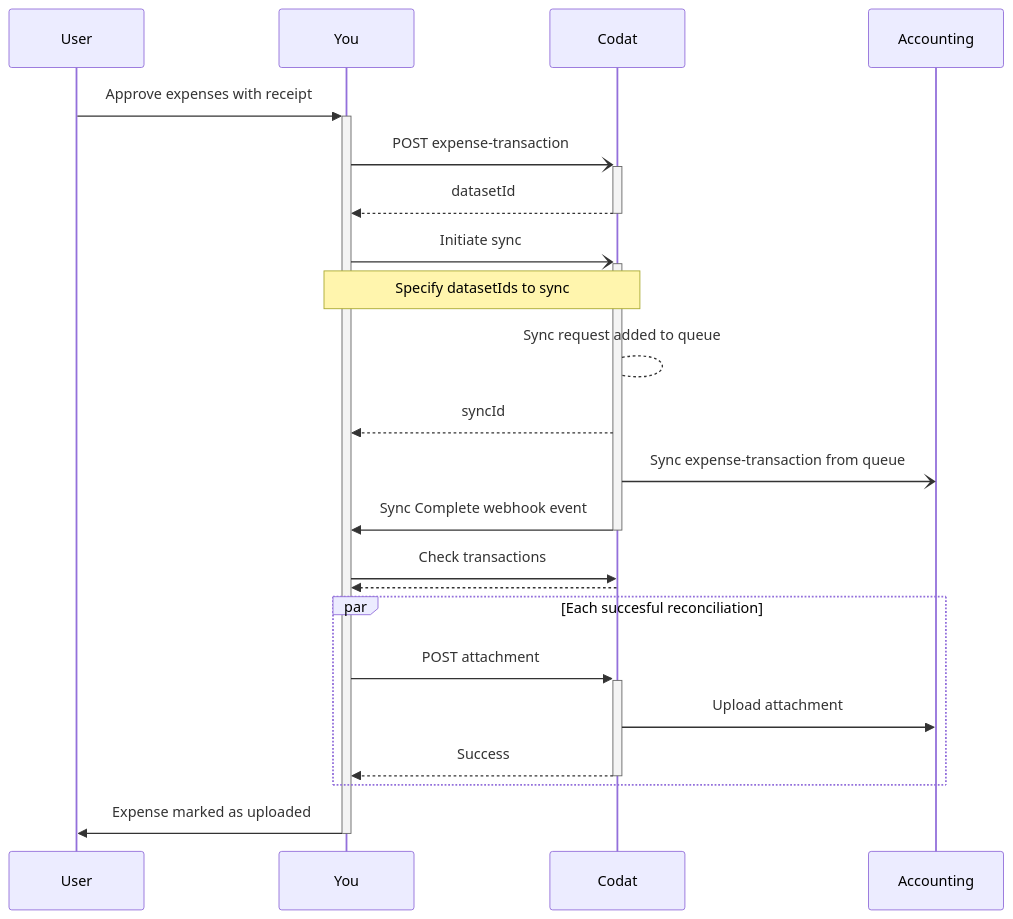
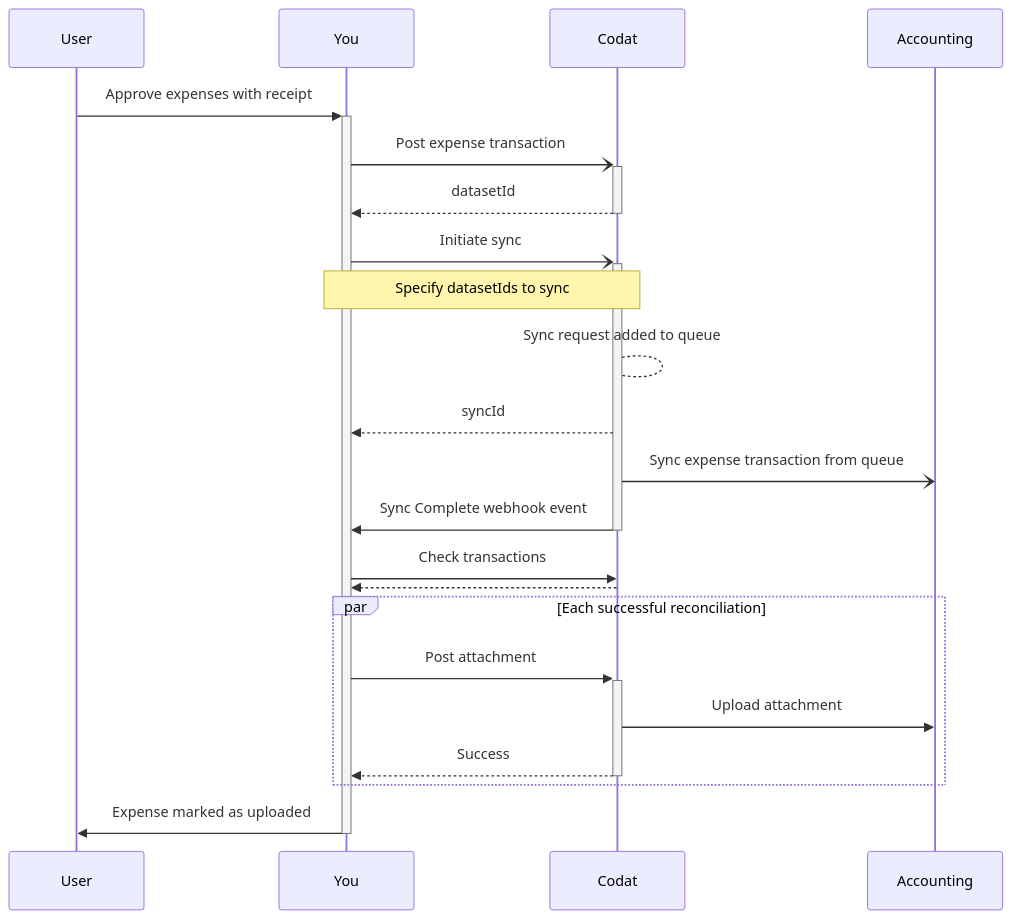
One commit to codatio/codat-docs changed the diagram in docs/expenses/sync-process/expense-transactions.md. Above: the diagram before and after it, drawn with Mermaid. The commit also changed other lines of this file and 6 other files, not shown here.

````diff
--- a/docs/expenses/sync-process/expense-transactions.md
+++ b/docs/expenses/sync-process/expense-transactions.md
@@ -22,20 +25,20 @@
 ``` mermaid
 sequenceDiagram
   User->>+You: Approve expenses with receipt
-  You-)+Codat: POST expense-transaction
+  You-)+Codat: Post expense transaction
   Codat-->>-You: datasetId
   You-)+Codat: Initiate sync
   Note over You,Codat: Specify datasetIds to sync
   Codat --> Codat: Sync request added to queue
   Codat-->>You: syncId
-  Codat-)Accounting: Sync expense-transaction from queue
+  Codat-)Accounting: Sync expense transaction from queue
   Codat->>-You: Sync Complete webhook event
   You->>Codat: Check transactions
   Codat-->>You: 
-  par Each succesful reconciliation
-    You->>+Codat: POST attachment
+  par Each successful reconciliation
+    You->>+Codat: Post attachment
     Codat->>Accounting: Upload attachment
     Codat-->>-You: Success
   end
   You->>-User: Expense marked as uploaded
 ```
````
